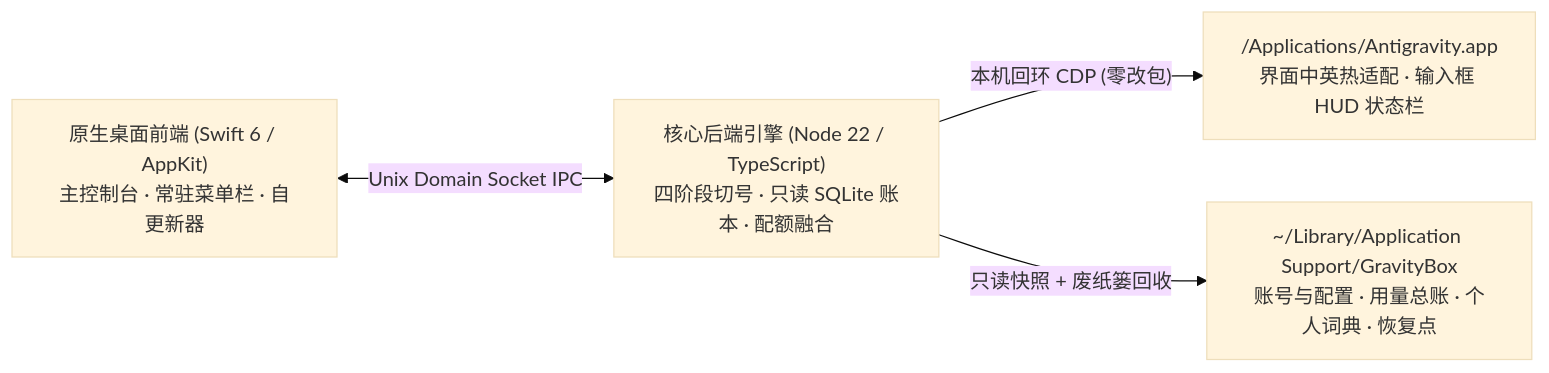
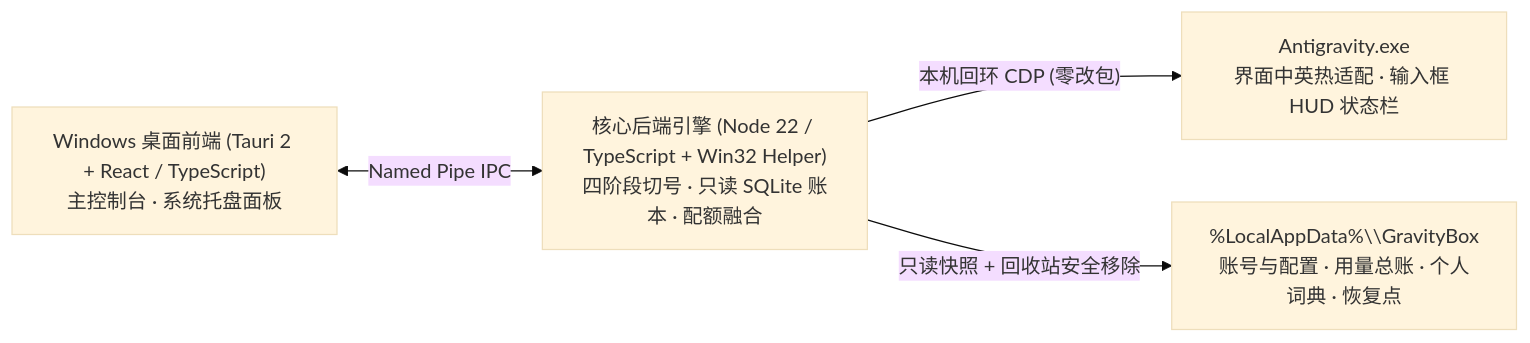
Before and after one commit to Citrus0914/gravitybox-windows: the diagram in README.md, drawn with Mermaid (base theme). The commit also changed other lines of this file and 6 other files, not shown here.

````diff
--- a/README.md
+++ b/README.md
@@ -418,6 +415,6 @@
 ```mermaid
 flowchart LR
-  UI["原生桌面前端 (Swift 6 / AppKit)<br/>主控制台 · 常驻菜单栏 · 自更新器"] <-->|"Unix Domain Socket IPC"| Core["核心后端引擎 (Node 22 / TypeScript)<br/>四阶段切号 · 只读 SQLite 账本 · 配额融合"]
-  Core -->|"本机回环 CDP (零改包)"| IDE["/Applications/Antigravity.app<br/>界面中英热适配 · 输入框 HUD 状态栏"]
-  Core -->|"只读快照 + 废纸篓回收"| Local["~/Library/Application Support/GravityBox<br/>账号与配置 · 用量总账 · 个人词典 · 恢复点"]
+  UI["Windows 桌面前端 (Tauri 2 + React / TypeScript)<br/>主控制台 · 系统托盘面板"] <-->|"Named Pipe IPC"| Core["核心后端引擎 (Node 22 / TypeScript + Win32 Helper)<br/>四阶段切号 · 只读 SQLite 账本 · 配额融合"]
+  Core -->|"本机回环 CDP (零改包)"| IDE["Antigravity.exe<br/>界面中英热适配 · 输入框 HUD 状态栏"]
+  Core -->|"只读快照 + 回收站安全移除"| Local["%LocalAppData%\\GravityBox<br/>账号与配置 · 用量总账 · 个人词典 · 恢复点"]
 ```
````
